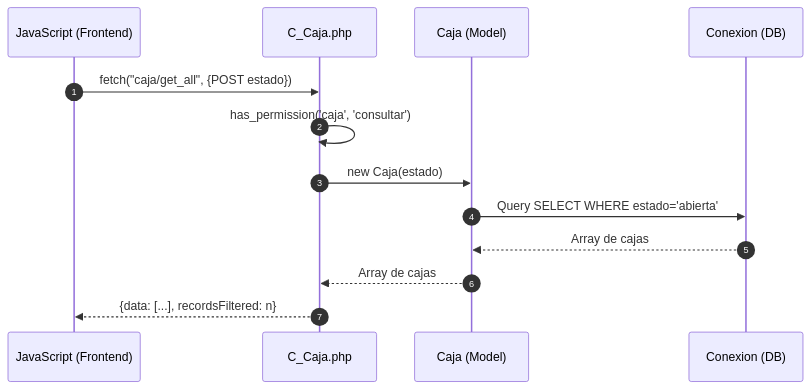
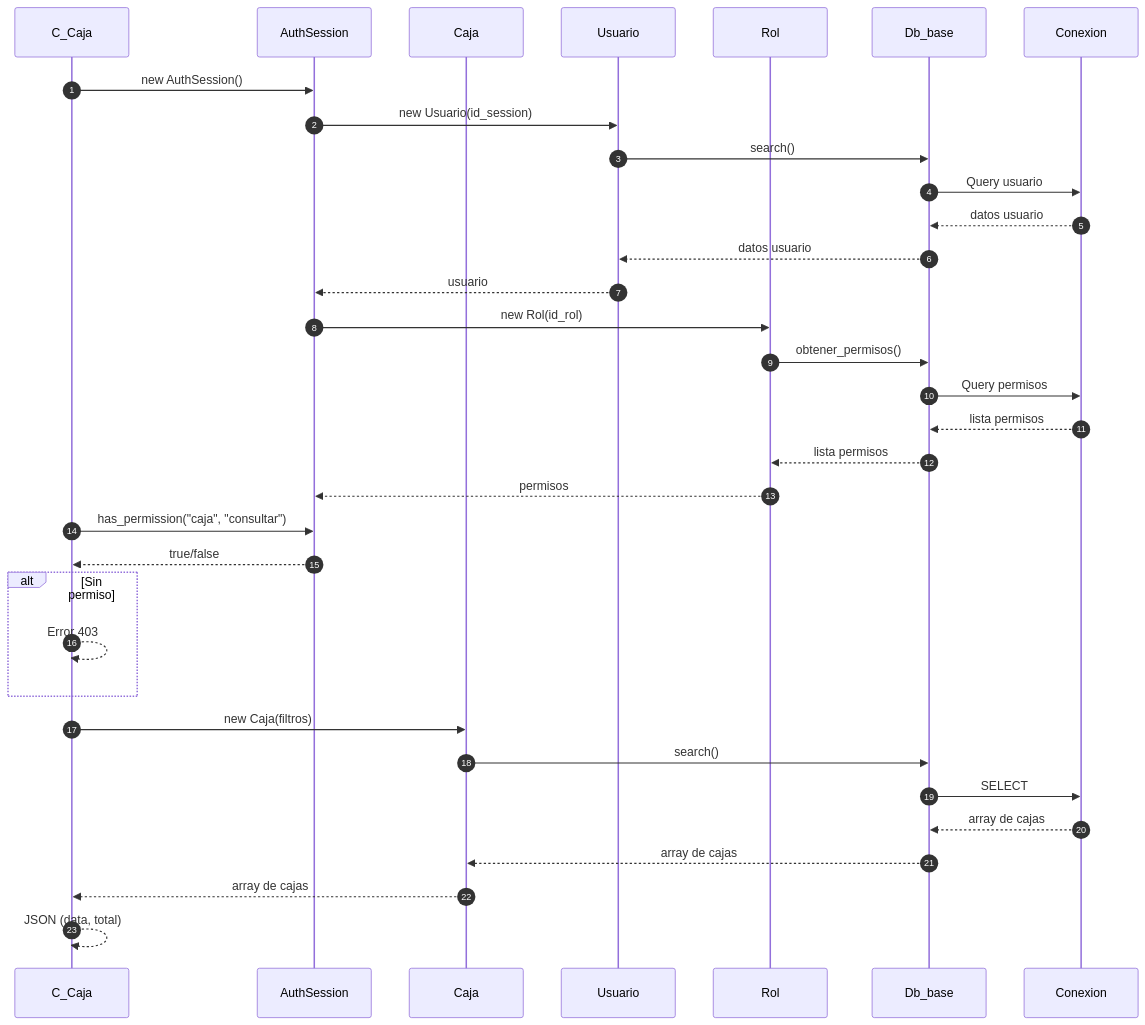
Before and after one commit to Tecrato/BurgerHouse: the second of 5 diagrams in docs/secuencia/caja/caja.md, drawn with Mermaid. The commit also changed other lines of this file and 13 other files, not shown here.

First line of the commit message:
diagramas actualizaos

````diff
--- a/docs/secuencia/caja/caja.md
+++ b/docs/secuencia/caja/caja.md
@@ -28,19 +51,42 @@
 ```mermaid
 sequenceDiagram
     autonumber
-    participant JS as JavaScript (Frontend)
-    participant C_Caja as C_Caja.php
-    participant Caja as Caja (Model)
-    participant DB as Conexion (DB)
+    participant C_Caja as C_Caja
+    participant AuthSession as AuthSession
+    participant Caja as Caja
+    participant Usuario as Usuario
+    participant Rol as Rol
+    participant Db_base as Db_base
+    participant Conexion as Conexion
     
-    JS->>C_Caja: fetch("caja/get_all", {POST estado})
+    C_Caja->>AuthSession: new AuthSession()
+    AuthSession->>Usuario: new Usuario(id_session)
+    Usuario->>Db_base: search()
+    Db_base->>Conexion: Query usuario
+    Conexion-->>Db_base: datos usuario
+    Db_base-->>Usuario: datos usuario
+    Usuario-->>AuthSession: usuario
     
-    C_Caja->>C_Caja: has_permission('caja', 'consultar')
+    AuthSession->>Rol: new Rol(id_rol)
+    Rol->>Db_base: obtener_permisos()
+    Db_base->>Conexion: Query permisos
+    Conexion-->>Db_base: lista permisos
+    Db_base-->>Rol: lista permisos
+    Rol-->>AuthSession: permisos
     
-    C_Caja->>Caja: new Caja(estado)
-    Caja->>DB: Query SELECT WHERE estado='abierta'
-    DB-->>Caja: Array de cajas
-    Caja-->>C_Caja: Array de cajas
+    C_Caja->>AuthSession: has_permission("caja", "consultar")
+    AuthSession-->>C_Caja: true/false
     
-    C_Caja-->>JS: {data: [...], recordsFiltered: n}
+    alt Sin permiso
+        C_Caja-->>C_Caja: Error 403
+    end
+    
+    C_Caja->>Caja: new Caja(filtros)
+    Caja->>Db_base: search()
+    Db_base->>Conexion: SELECT
+    Conexion-->>Db_base: array de cajas
+    Db_base-->>Caja: array de cajas
+    Caja-->>C_Caja: array de cajas
+    
+    C_Caja-->>C_Caja: JSON (data, total)
 ```
````
